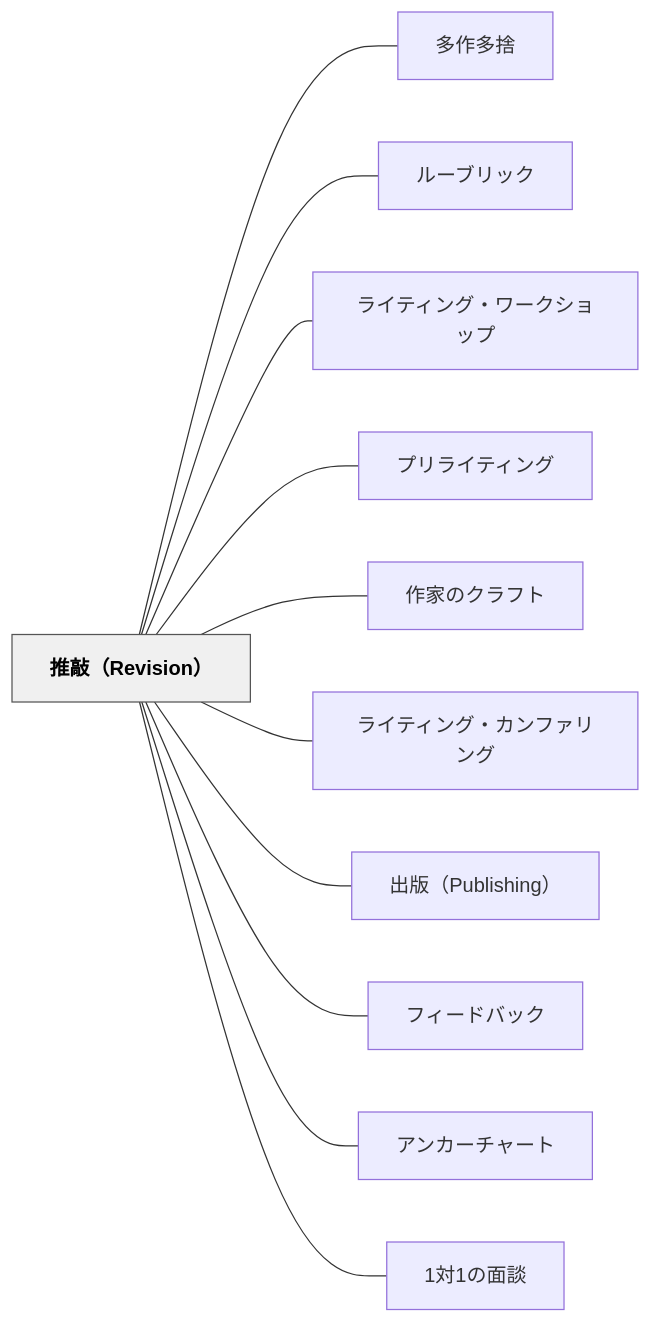
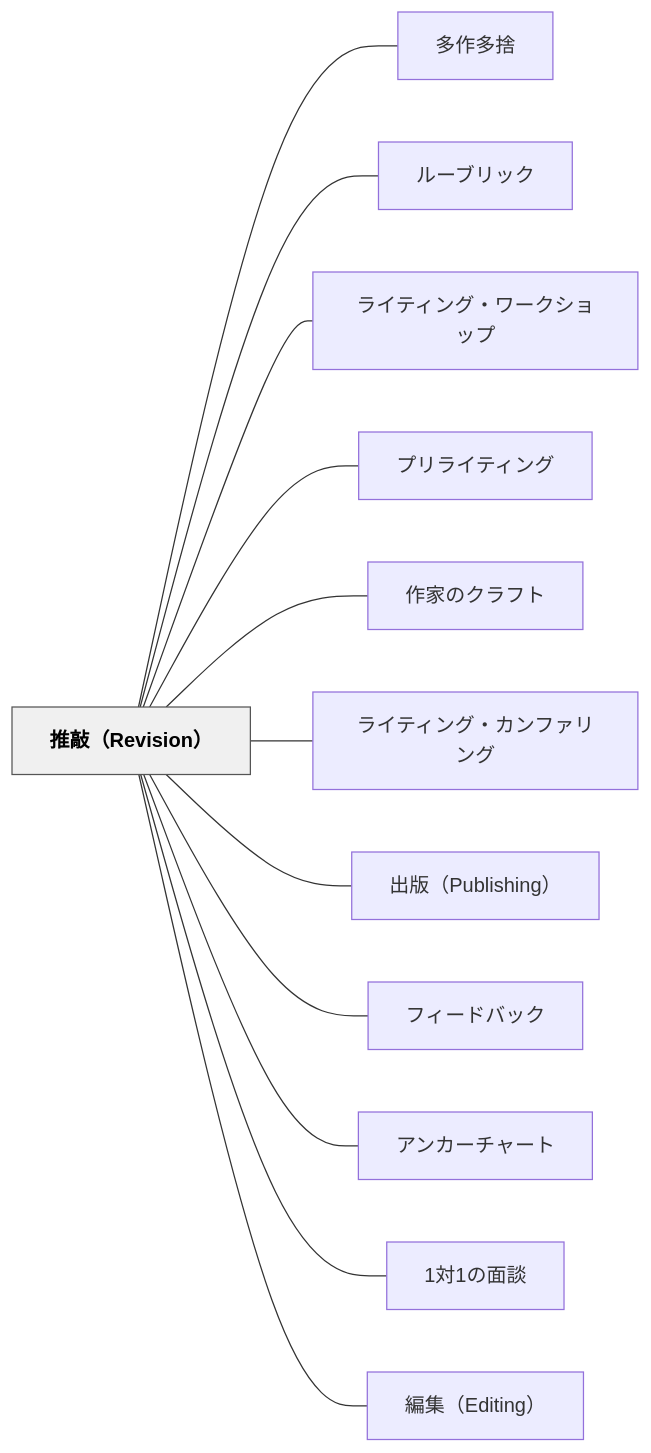
The diagram in content/パタン/推敲（Revision）.md (unknownthings-ed-patterns/unknownthings-ed-patterns), drawn with Mermaid before and after one commit. The commit also changed other lines of this file and 4 other files, not shown here.

````diff
--- a/content/パタン/推敲（Revision）.md
+++ b/content/パタン/推敲（Revision）.md
@@ -233,28 +234,30 @@
 ```mermaid
 flowchart LR
     ne68ea8e695b2efbc885265766973696f6eefbc89["推敲（Revision）"]
     ne5a49ae4bd9ce5a49ae68da8["多作多捨"]
     ne383abe383bce38396e383aae38383e382af["ルーブリック"]
     ne383a9e382a4e38386e382a3e383b3e382b0e383bbe383afe383bce382afe382b7e383a7e38383e38397["ライティング・ワークショップ"]
     ne38397e383aae383a9e382a4e38386e382a3e383b3e382b0["プリライティング"]
     ne4bd9ce5aeb6e381aee382afe383a9e38395e38388["作家のクラフト"]
     ne383a9e382a4e38386e382a3e383b3e382b0e383bbe382abe383b3e38395e382a1e383aae383b3e382b0["ライティング・カンファリング"]
     ne587bae78988efbc885075626c697368696e67efbc89["出版（Publishing）"]
     ne38395e382a3e383bce38389e38390e38383e382af["フィードバック"]
     ne382a2e383b3e382abe383bce38381e383a3e383bce38388["アンカーチャート"]
     n31e5afbe31e381aee99da2e8ab87["1対1の面談"]
+    ne7b7a8e99b86efbc8845646974696e67efbc89["編集（Editing）"]
 
     ne68ea8e695b2efbc885265766973696f6eefbc89 --- ne5a49ae4bd9ce5a49ae68da8
     ne68ea8e695b2efbc885265766973696f6eefbc89 --- ne383abe383bce38396e383aae38383e382af
     ne68ea8e695b2efbc885265766973696f6eefbc89 --- ne383a9e382a4e38386e382a3e383b3e382b0e383bbe383afe383bce382afe382b7e383a7e38383e38397
     ne68ea8e695b2efbc885265766973696f6eefbc89 --- ne38397e383aae383a9e382a4e38386e382a3e383b3e382b0
     ne68ea8e695b2efbc885265766973696f6eefbc89 --- ne4bd9ce5aeb6e381aee382afe383a9e38395e38388
     ne68ea8e695b2efbc885265766973696f6eefbc89 --- ne383a9e382a4e38386e382a3e383b3e382b0e383bbe382abe383b3e38395e382a1e383aae383b3e382b0
     ne68ea8e695b2efbc885265766973696f6eefbc89 --- ne587bae78988efbc885075626c697368696e67efbc89
     ne68ea8e695b2efbc885265766973696f6eefbc89 --- ne38395e382a3e383bce38389e38390e38383e382af
     ne68ea8e695b2efbc885265766973696f6eefbc89 --- ne382a2e383b3e382abe383bce38381e383a3e383bce38388
     ne68ea8e695b2efbc885265766973696f6eefbc89 --- n31e5afbe31e381aee99da2e8ab87
+    ne68ea8e695b2efbc885265766973696f6eefbc89 --- ne7b7a8e99b86efbc8845646974696e67efbc89
 
     classDef hub fill:#f0f0f0,stroke:#555,color:#000,font-weight:bold
     class ne68ea8e695b2efbc885265766973696f6eefbc89 hub
 ```
````
